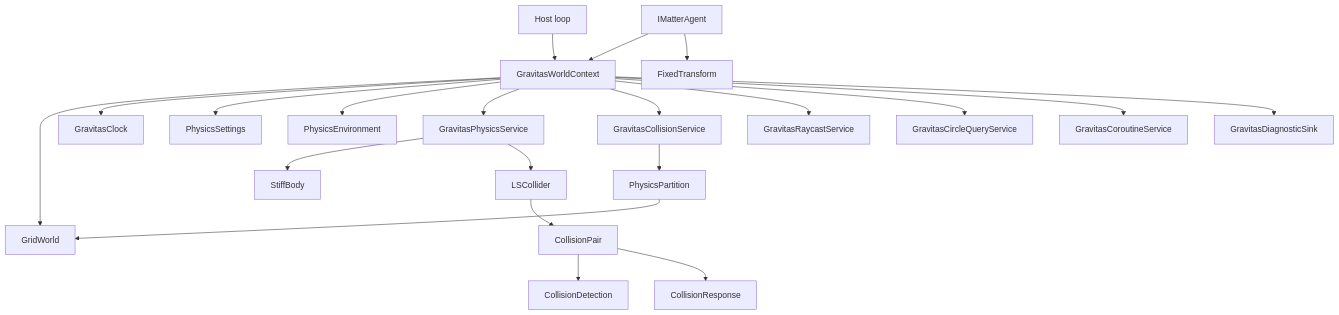
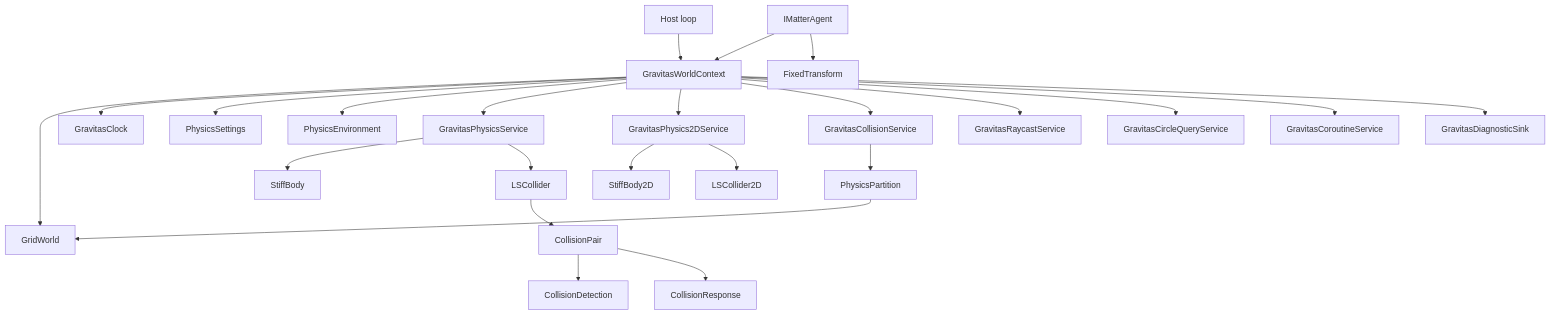
One commit to mrdav30/Gravitas changed the diagram in docs/wiki/OVERVIEW.md. Above: the diagram before and after it, drawn with Mermaid. The commit also changed other lines of this file and 26 other files, not shown here.

````diff
--- a/docs/wiki/OVERVIEW.md
+++ b/docs/wiki/OVERVIEW.md
@@ -53,23 +54,26 @@
 ```mermaid
 flowchart TD
     Host["Host loop"] --> Context["GravitasWorldContext"]
     Context --> World["GridWorld"]
     Context --> Clock["GravitasClock"]
     Context --> Settings["PhysicsSettings"]
     Context --> Environment["PhysicsEnvironment"]
     Context --> Physics["GravitasPhysicsService"]
+    Context --> Physics2D["GravitasPhysics2DService"]
     Context --> Collisions["GravitasCollisionService"]
     Context --> Raycasts["GravitasRaycastService"]
     Context --> CircleQueries["GravitasCircleQueryService"]
     Context --> Coroutines["GravitasCoroutineService"]
     Context --> Diagnostics["GravitasDiagnosticSink"]
     Agent["IMatterAgent"] --> Context
     Agent --> Transform["FixedTransform"]
     Physics --> Body["StiffBody"]
     Physics --> Collider["LSCollider"]
+    Physics2D --> Body2D["StiffBody2D"]
+    Physics2D --> Collider2D["LSCollider2D"]
     Collisions --> Partition["PhysicsPartition"]
     Partition --> World
     Collider --> Pair["CollisionPair"]
     Pair --> Detection["CollisionDetection"]
     Pair --> Response["CollisionResponse"]
 ```
````
